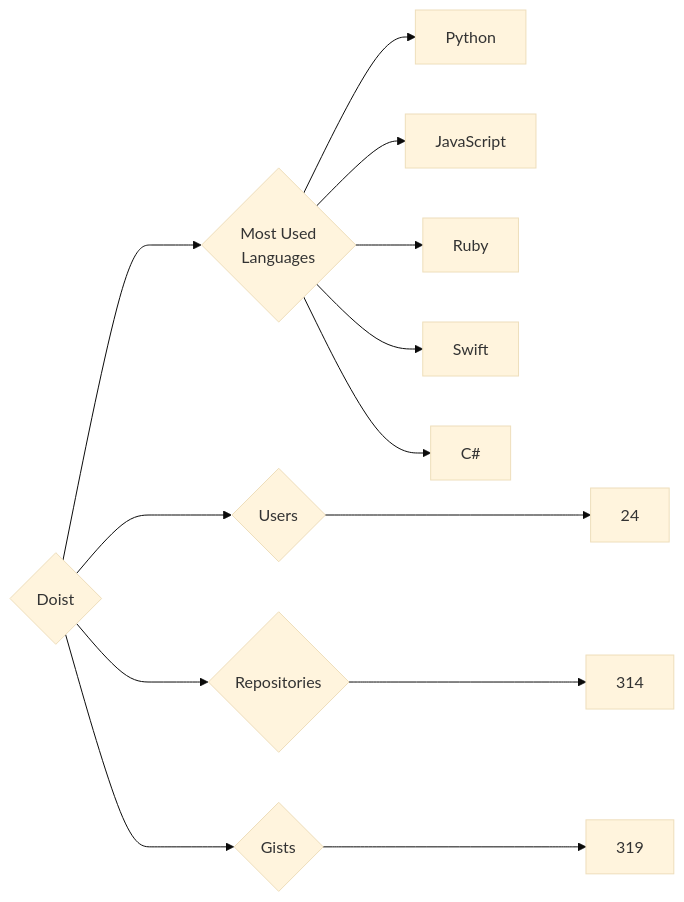
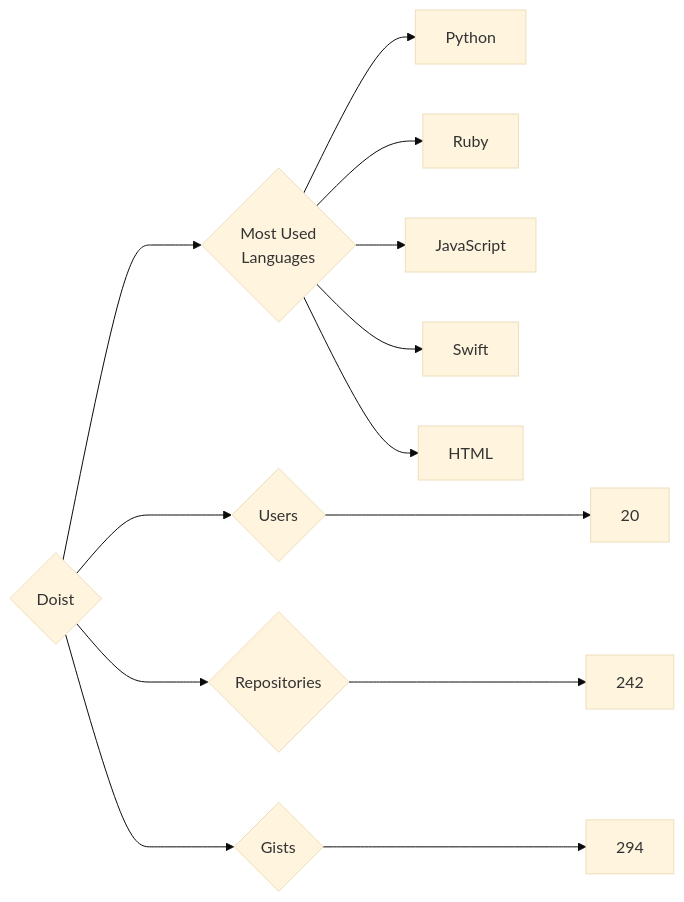
Before and after one commit to trickest/insiders: the diagram in targets/Doist/README.md, drawn with Mermaid (base theme). The commit also changed 826 other files, not shown here.

````diff
--- a/targets/Doist/README.md
+++ b/targets/Doist/README.md
@@ -3,13 +3,13 @@
 ```mermaid
 graph LR
 COMPANY_NAME{Doist}
-COMPANY_NAME ---> U{Users} ---> UN[24]
-COMPANY_NAME ---> R{Repositories} ---> RN[314]
-COMPANY_NAME ---> G{Gists} ---> GN[319]
+COMPANY_NAME ---> U{Users} ---> UN[20]
+COMPANY_NAME ---> R{Repositories} ---> RN[242]
+COMPANY_NAME ---> G{Gists} ---> GN[294]
 COMPANY_NAME ---> ML{Most Used<br>Languages}
 ML --> Python[Python]
+ML --> Ruby[Ruby]
 ML --> JavaScript[JavaScript]
-ML --> Ruby[Ruby]
 ML --> Swift[Swift]
-ML --> C#[C#]
+ML --> HTML[HTML]
 ```
````
